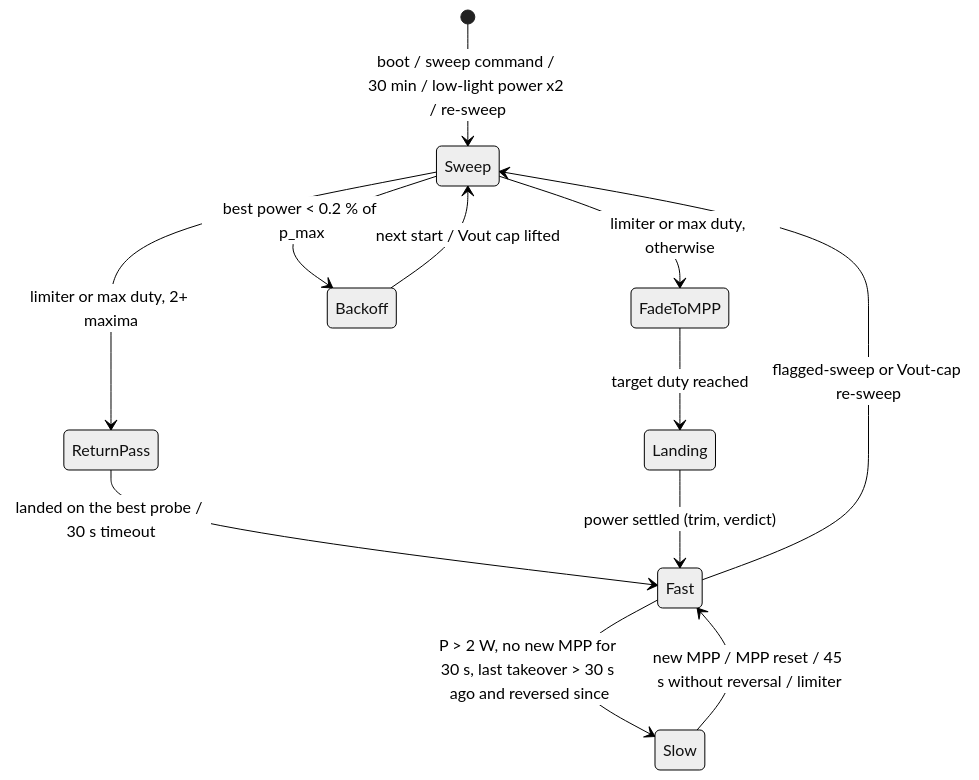
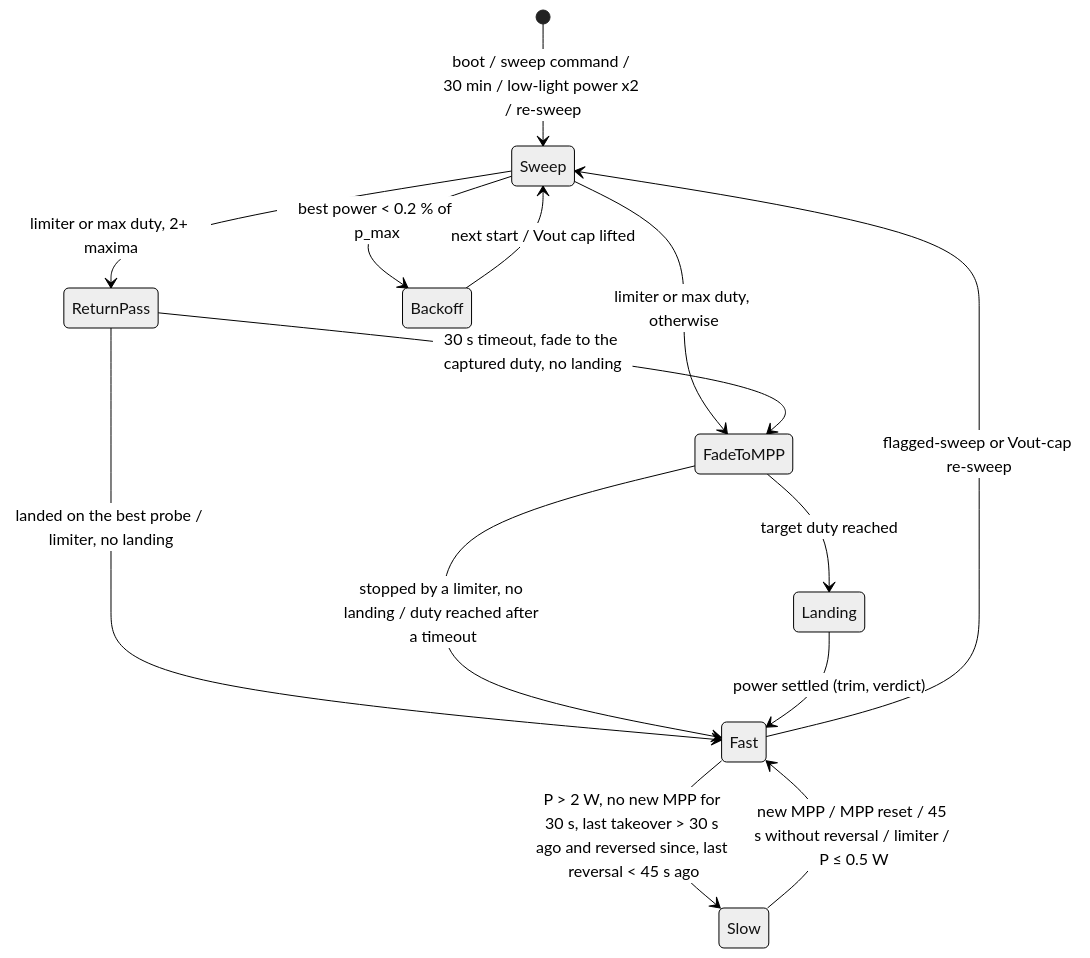
Before and after one commit to fl4p/fugu-mppt-firmware: the first of 2 diagrams in website/docs/internals/mppt-tracker.md, drawn with Mermaid (neutral theme). The commit also changed other lines of this file and 6 other files, not shown here.

````diff
--- a/website/docs/internals/mppt-tracker.md
+++ b/website/docs/internals/mppt-tracker.md
@@ -38,14 +38,16 @@
 ```mermaid
 stateDiagram-v2
     [*] --> Sweep: boot / sweep command / 30 min / low-light power x2 / re-sweep
     Sweep --> ReturnPass: limiter or max duty, 2+ maxima
     Sweep --> FadeToMPP: limiter or max duty, otherwise
     Sweep --> Backoff: best power < 0.2 % of p_max
-    ReturnPass --> Fast: landed on the best probe / 30 s timeout
+    ReturnPass --> Fast: landed on the best probe / limiter, no landing
+    ReturnPass --> FadeToMPP: 30 s timeout, fade to the captured duty, no landing
     FadeToMPP --> Landing: target duty reached
+    FadeToMPP --> Fast: stopped by a limiter, no landing / duty reached after a timeout
     Landing --> Fast: power settled (trim, verdict)
-    Fast --> Slow: P > 2 W, no new MPP for 30 s, last takeover > 30 s ago and reversed since
-    Slow --> Fast: new MPP / MPP reset / 45 s without reversal / limiter
+    Fast --> Slow: P > 2 W, no new MPP for 30 s, last takeover > 30 s ago and reversed since, last reversal < 45 s ago
+    Slow --> Fast: new MPP / MPP reset / 45 s without reversal / limiter / P ≤ 0.5 W
     Fast --> Sweep: flagged-sweep or Vout-cap re-sweep
     Backoff --> Sweep: next start / Vout cap lifted
 ```
````
